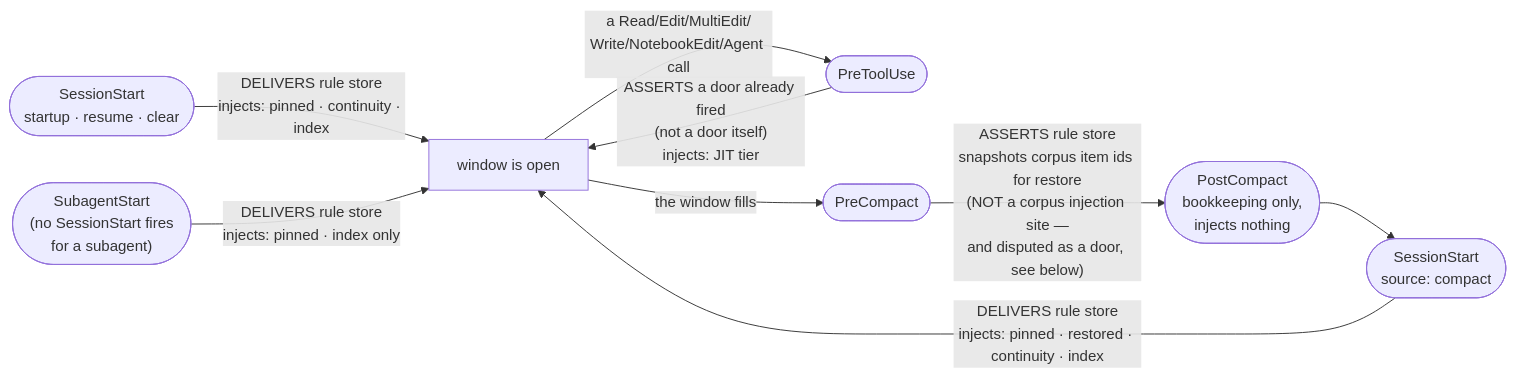
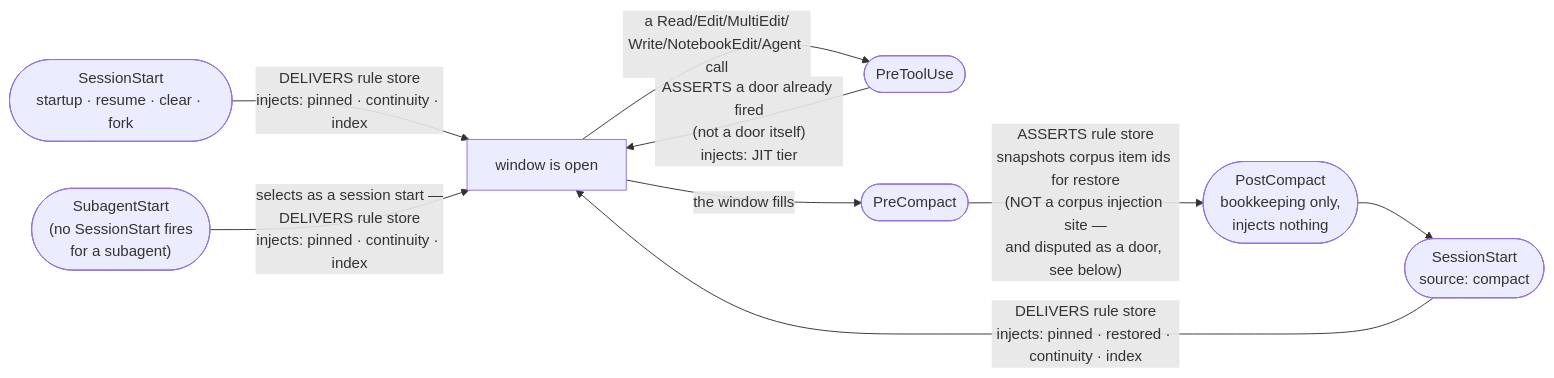
The second of 3 diagrams in docs/capabilities/02-injection.md (Dudi-Bar-On/my-context), drawn with Mermaid before and after one commit. The commit also changed other lines of this file and 24 other files, not shown here.

First line of the commit message:
the fence that had been shipping as a mermaid error box, and twenty-seven claims that were only wrong

````diff
--- a/docs/capabilities/02-injection.md
+++ b/docs/capabilities/02-injection.md
@@ -149,11 +155,11 @@
 ```mermaid
 flowchart LR
-  SS(["SessionStart<br/>startup · resume · clear"]) -->|"DELIVERS rule store<br/>injects: pinned · continuity · index"| OPEN["window is open"]
-  SA(["SubagentStart<br/>(no SessionStart fires<br/>for a subagent)"]) -->|"DELIVERS rule store<br/>injects: pinned · index only"| OPEN
+  SS(["SessionStart<br/>startup · resume · clear · fork"]) -->|"DELIVERS rule store<br/>injects: pinned · continuity · index"| OPEN["window is open"]
+  SA(["SubagentStart<br/>(no SessionStart fires<br/>for a subagent)"]) -->|"selects as a session start —<br/>DELIVERS rule store<br/>injects: pinned · continuity · index"| OPEN
   OPEN -->|"a Read/Edit/MultiEdit/<br/>Write/NotebookEdit/Agent call"| PTU(["PreToolUse"])
   PTU -->|"ASSERTS a door already fired<br/>(not a door itself)<br/>injects: JIT tier"| OPEN
   OPEN -->|"the window fills"| PC(["PreCompact"])
   PC -->|"ASSERTS rule store<br/>snapshots corpus item ids for restore<br/>(NOT a corpus injection site —<br/>and disputed as a door, see below)"| POC(["PostCompact<br/>bookkeeping only,<br/>injects nothing"])
   POC --> SSC(["SessionStart<br/>source: compact"])
   SSC -->|"DELIVERS rule store<br/>injects: pinned · restored · continuity · index"| OPEN
 ```
````
